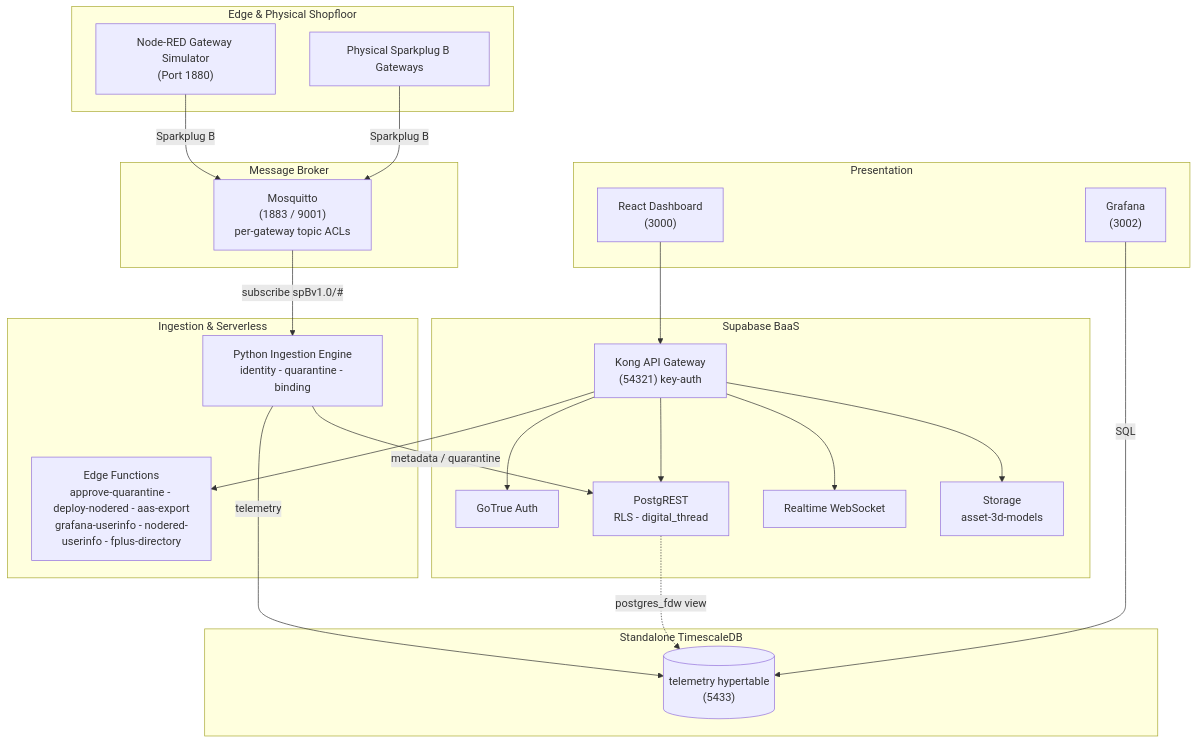
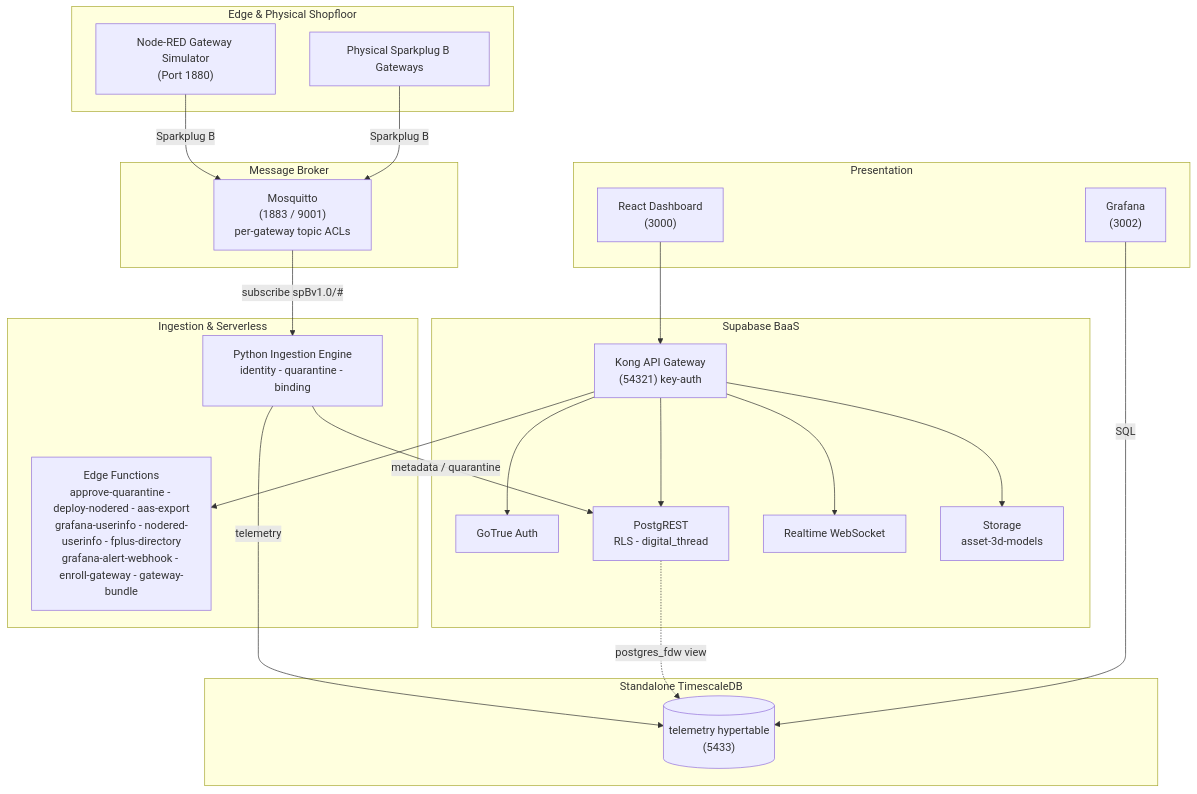
One commit to Harri-Llewelyn/Aber changed the diagram in README.md. Above: the diagram before and after it, drawn with Mermaid. The commit also changed other lines of this file and 65 other files, not shown here.

First line of the commit message:
feat(gateways): physical gateway onboarding, enrolment and flow backups

````diff
--- a/README.md
+++ b/README.md
@@ -30,47 +30,47 @@
 ```mermaid
 flowchart TB
     subgraph Edge ["Edge & Physical Shopfloor"]
         NR["Node-RED Gateway Simulator<br/>(Port 1880)"]
         DEV["Physical Sparkplug B Gateways"]
     end
 
     subgraph Messaging ["Message Broker"]
         MQTT["Mosquitto<br/>(1883 / 9001)<br/>per-gateway topic ACLs"]
     end
 
     subgraph Processing ["Ingestion & Serverless"]
         ING["Python Ingestion Engine<br/>identity - quarantine - binding"]
-        EF["Edge Functions<br/>approve-quarantine - deploy-nodered - aas-export<br/>grafana-userinfo - nodered-userinfo - fplus-directory"]
+        EF["Edge Functions<br/>approve-quarantine - deploy-nodered - aas-export<br/>grafana-userinfo - nodered-userinfo - fplus-directory<br/>grafana-alert-webhook - enroll-gateway - gateway-bundle"]
     end
 
     subgraph Supabase ["Supabase BaaS"]
         KONG["Kong API Gateway<br/>(54321) key-auth"]
         AUTH["GoTrue Auth"]
         PGRST["PostgREST<br/>RLS - digital_thread"]
         RT["Realtime WebSocket"]
         STO["Storage<br/>asset-3d-models"]
     end
 
     subgraph TSDB ["Standalone TimescaleDB"]
         TS[("telemetry hypertable<br/>(5433)")]
     end
 
     subgraph UX ["Presentation"]
         UI["React Dashboard<br/>(3000)"]
         GRAF["Grafana<br/>(3002)"]
     end
 
     NR -->|Sparkplug B| MQTT
     DEV -->|Sparkplug B| MQTT
     MQTT -->|subscribe spBv1.0/#| ING
     ING -->|metadata / quarantine| PGRST
     ING -->|telemetry| TS
     UI --> KONG
     KONG --> AUTH
     KONG --> PGRST
     KONG --> RT
     KONG --> STO
     KONG --> EF
     PGRST -.->|postgres_fdw view| TS
     GRAF -->|SQL| TS
 ```
````
